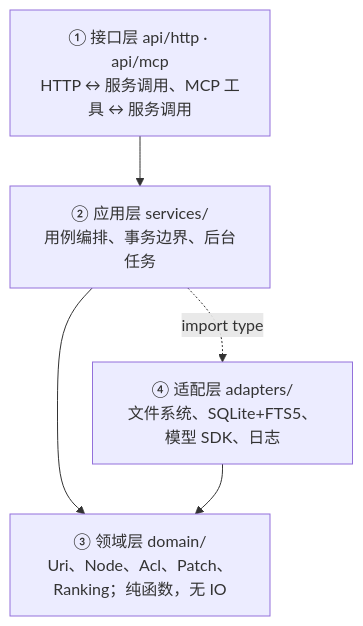
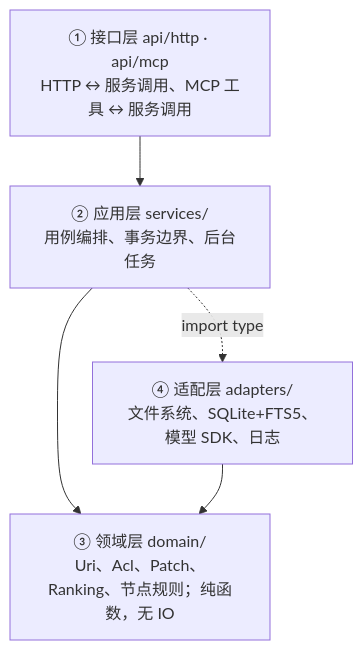
Before and after one commit to Micraow/CoMem: the second of 2 diagrams in README.md, drawn with Mermaid. The commit also changed 3 other files, not shown here.

````diff
--- a/README.md
+++ b/README.md
@@ -280,11 +280,11 @@
 ```mermaid
 flowchart TB
   API["① 接口层 api/http · api/mcp<br/>HTTP ↔ 服务调用、MCP 工具 ↔ 服务调用"]
   SVC["② 应用层 services/<br/>用例编排、事务边界、后台任务"]
-  DOM["③ 领域层 domain/<br/>Uri、Node、Acl、Patch、Ranking；纯函数，无 IO"]
+  DOM["③ 领域层 domain/<br/>Uri、Acl、Patch、Ranking、节点规则；纯函数，无 IO"]
   ADP["④ 适配层 adapters/<br/>文件系统、SQLite+FTS5、模型 SDK、日志"]
   API --> SVC
   SVC --> DOM
   SVC -. "import type" .-> ADP
   ADP --> DOM
 ```
````
